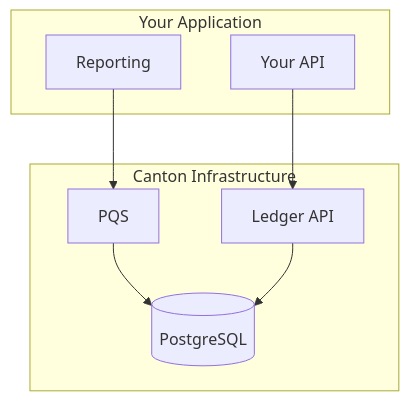
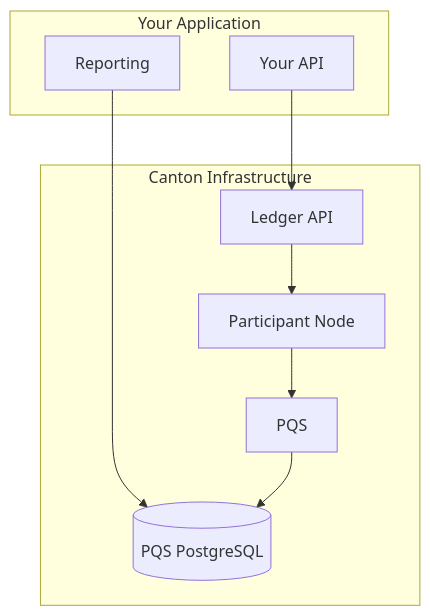
One commit to canton-network/cf-docs changed the fifth of 5 diagrams in docs-main/building-blocks/integration-patterns.mdx. Above: the diagram before and after it, drawn with Mermaid. The commit also changed other lines of this file and 24 other files, not shown here.

````diff
--- a/docs-main/building-blocks/integration-patterns.mdx
+++ b/docs-main/building-blocks/integration-patterns.mdx
@@ -198,18 +198,20 @@
 ```mermaid
 flowchart TB
     subgraph YourApp[Your Application]
         API[Your API]
         REPORT[Reporting]
     end
 
     subgraph Canton[Canton Infrastructure]
+        PART[Participant Node]
         LAPI[Ledger API]
         PQS[PQS]
-        DB[(PostgreSQL)]
+        PQSDB[(PQS PostgreSQL)]
     end
 
     API --> LAPI
-    REPORT --> PQS
-    PQS --> DB
-    LAPI --> DB
+    LAPI --> PART
+    PART --> PQS
+    REPORT --> PQSDB
+    PQS --> PQSDB
 ```
````
